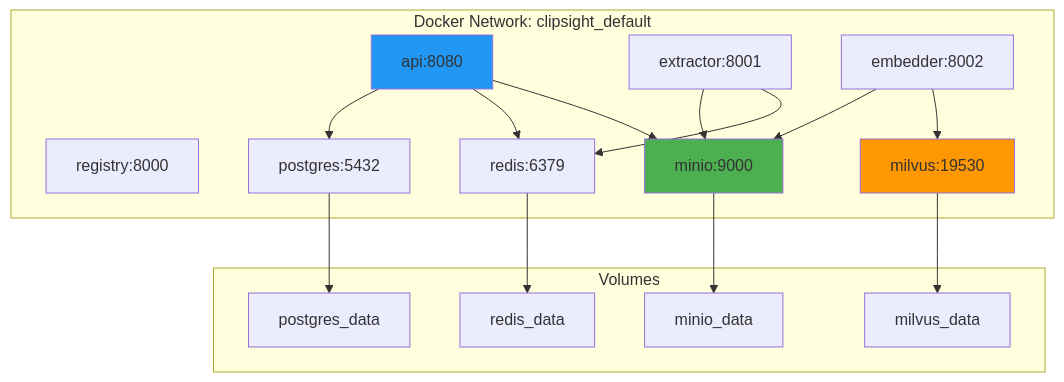
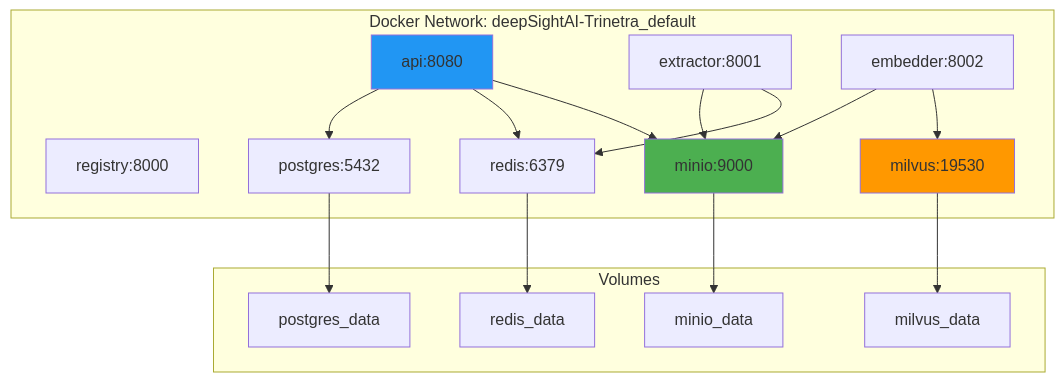
The seventh of 10 diagrams in docs/architecture/diagrams.md (swatah/deepSightAI-Trinetra), drawn with Mermaid before and after one commit. The commit also changed other lines of this file and 77 other files, not shown here.

First line of the commit message:
feat(rename): deepSightAI Trinetra - rename project from ClipSight

````diff
--- a/docs/architecture/diagrams.md
+++ b/docs/architecture/diagrams.md
@@ -259,37 +259,37 @@
 ```mermaid
 graph TB
-    subgraph "Docker Network: clipsight_default"
+    subgraph "Docker Network: deepSightAI-Trinetra_default"
         API[api:8080]
         Extract[extractor:8001]
         Embed[embedder:8002]
         Reg[registry:8000]
         MinIO[minio:9000]
         Milvus[milvus:19530]
         PG[postgres:5432]
         Redis[redis:6379]
     end
     
     subgraph "Volumes"
         V1[postgres_data]
         V2[minio_data]
         V3[redis_data]
         V4[milvus_data]
     end
     
     PG --> V1
     MinIO --> V2
     Redis --> V3
     Milvus --> V4
     
     API --> PG
     API --> Redis
     API --> MinIO
     Extract --> MinIO
     Extract --> Redis
     Embed --> MinIO
     Embed --> Milvus
     
     style API fill:#2196f3
     style MinIO fill:#4caf50
     style Milvus fill:#ff9800
 ```
````
